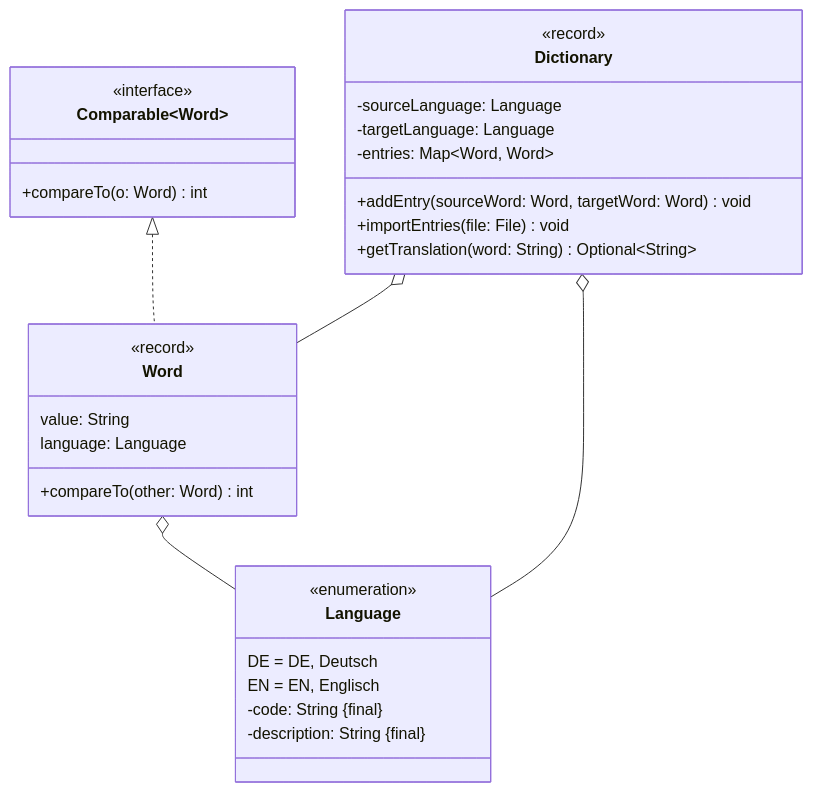
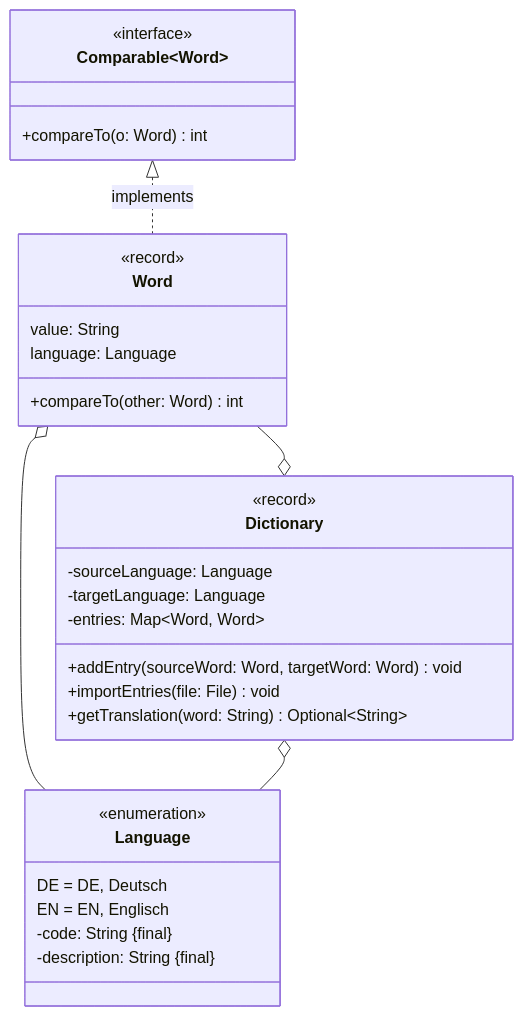
One commit to jappuccini/java-docs changed the diagram in docs/exam-exercises/exam-exercises-java2/dictionary.md. Above: the diagram before and after it, drawn with Mermaid. The commit also changed 36 other files, not shown here.

````diff
--- a/docs/exam-exercises/exam-exercises-java2/dictionary.md
+++ b/docs/exam-exercises/exam-exercises-java2/dictionary.md
@@ -13,37 +13,37 @@
 ```mermaid
 classDiagram
-    Comparable~Word~ <|.. Word
+    Comparable~Word~ <|.. Word : implements
     Word o-- Language
-    Dictionary o-- Word
+    Word --o Dictionary
     Dictionary o-- Language
 
     class Word {
         <<record>>
         value: String
         language: Language
         +compareTo(other: Word) int
     }
 
     class Comparable~Word~ {
         <<interface>>
         +compareTo(o: Word) int
     }
 
     class Language {
         <<enumeration>>
         DE = DE, Deutsch
         EN = EN, Englisch
         -code: String &#123final&#125
         -description: String &#123final&#125
     }
 
     class Dictionary {
         <<record>>
         -sourceLanguage: Language
         -targetLanguage: Language
         -entries: Map~Word, Word~
         +addEntry(sourceWord: Word, targetWord: Word) void
         +importEntries(file: File) void
         +getTranslation(word: String) Optional~String~
     }
 ```
````
